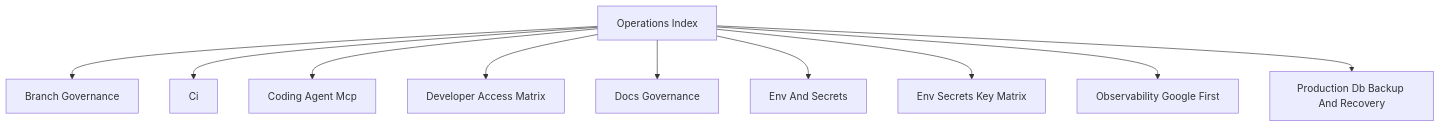
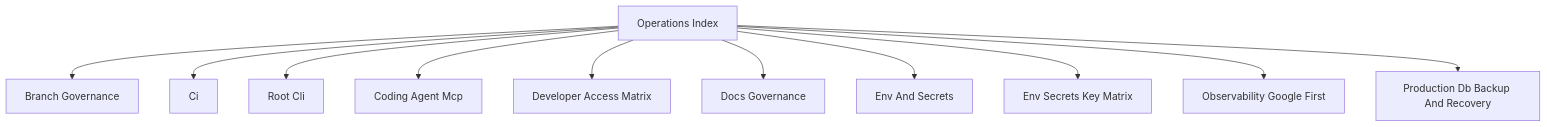
One commit to hushh-labs/hushh-research changed the diagram in docs/reference/operations/README.md. Above: the diagram before and after it, drawn with Mermaid. The commit also changed other lines of this file and 99 other files, not shown here.

````diff
--- a/docs/reference/operations/README.md
+++ b/docs/reference/operations/README.md
@@ -6,22 +6,24 @@
 ```mermaid
 flowchart TD
   root["Operations Index"]
   n1["Branch Governance"]
   root --> n1
   n2["Ci"]
   root --> n2
-  n3["Coding Agent Mcp"]
+  n3["Root Cli"]
   root --> n3
-  n4["Developer Access Matrix"]
+  n4["Coding Agent Mcp"]
   root --> n4
-  n5["Docs Governance"]
+  n5["Developer Access Matrix"]
   root --> n5
-  n6["Env And Secrets"]
+  n6["Docs Governance"]
   root --> n6
-  n7["Env Secrets Key Matrix"]
+  n7["Env And Secrets"]
   root --> n7
-  n8["Observability Google First"]
+  n8["Env Secrets Key Matrix"]
   root --> n8
-  n9["Production Db Backup And Recovery"]
+  n9["Observability Google First"]
   root --> n9
+  n10["Production Db Backup And Recovery"]
+  root --> n10
 ```
````
